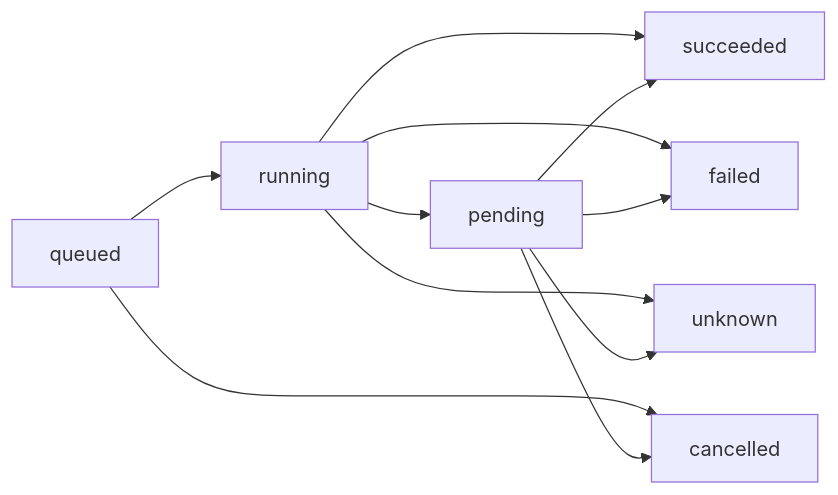
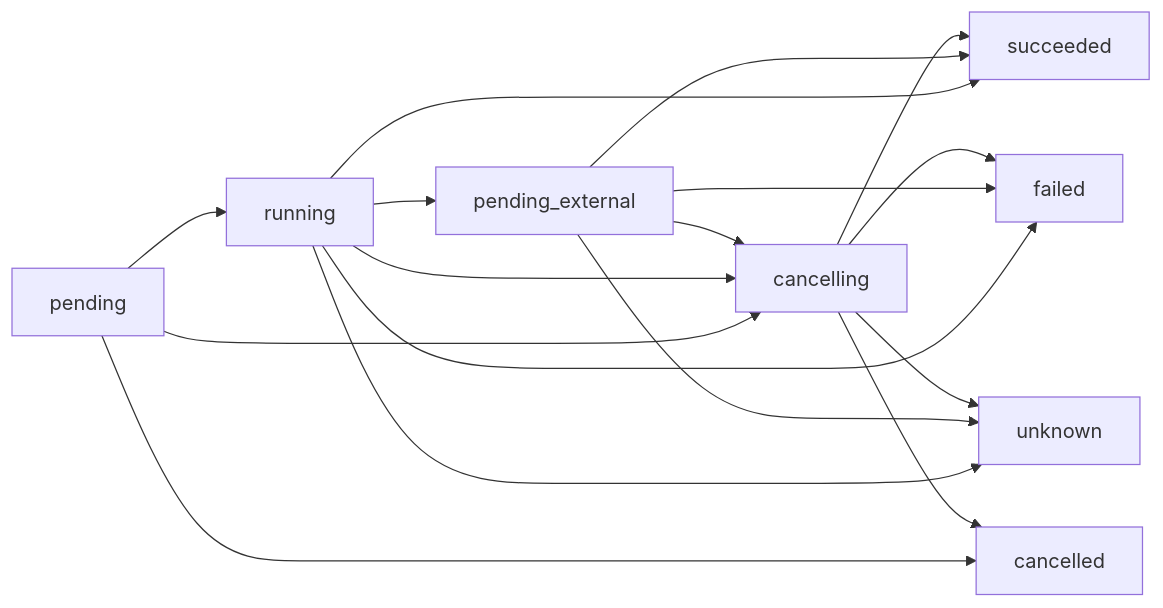
One commit to bjx8970/k8s-lab-platform changed the diagram in docs/resource-framework/architecture.md. Above: the diagram before and after it, drawn with Mermaid. The commit also changed other lines of this file and 18 other files, not shown here.

````diff
--- a/docs/resource-framework/architecture.md
+++ b/docs/resource-framework/architecture.md
@@ -130,13 +138,19 @@
 ```mermaid
 flowchart LR
-    Q[queued] --> R[running]
-    R --> P[pending]
+    Q[pending] --> R[running]
+    R --> P[pending_external]
     R --> S[succeeded]
     R --> F[failed]
     R --> U[unknown]
     P --> S
     P --> F
     P --> U
     Q --> C[cancelled]
-    P --> C
+    Q --> X[cancelling]
+    R --> X
+    P --> X
+    X --> C
+    X --> S
+    X --> F
+    X --> U
 ```
````
